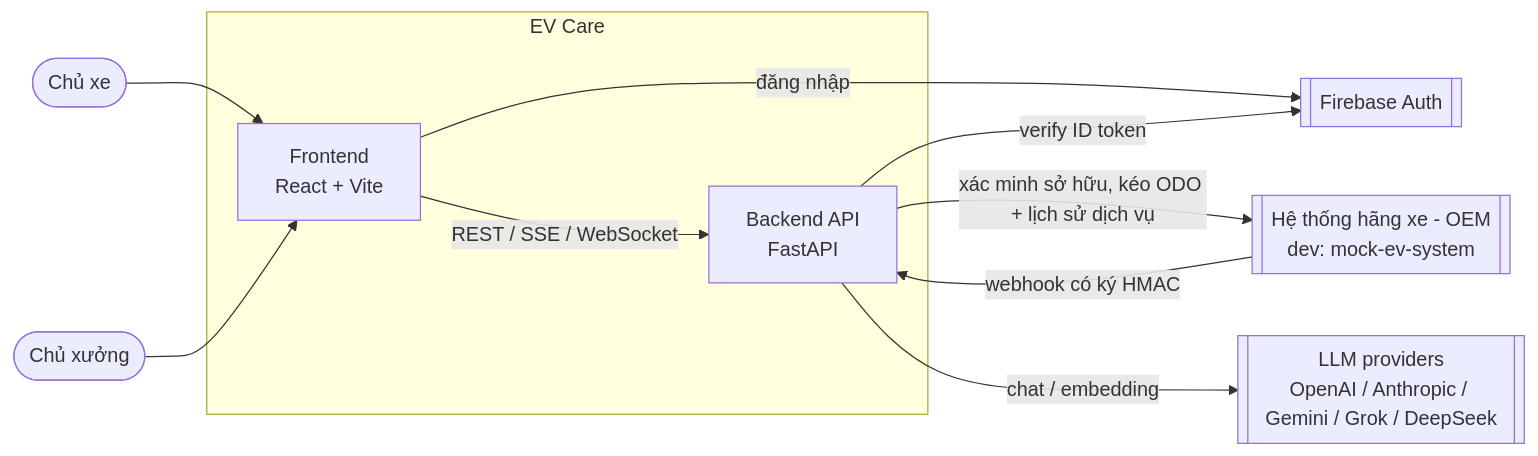
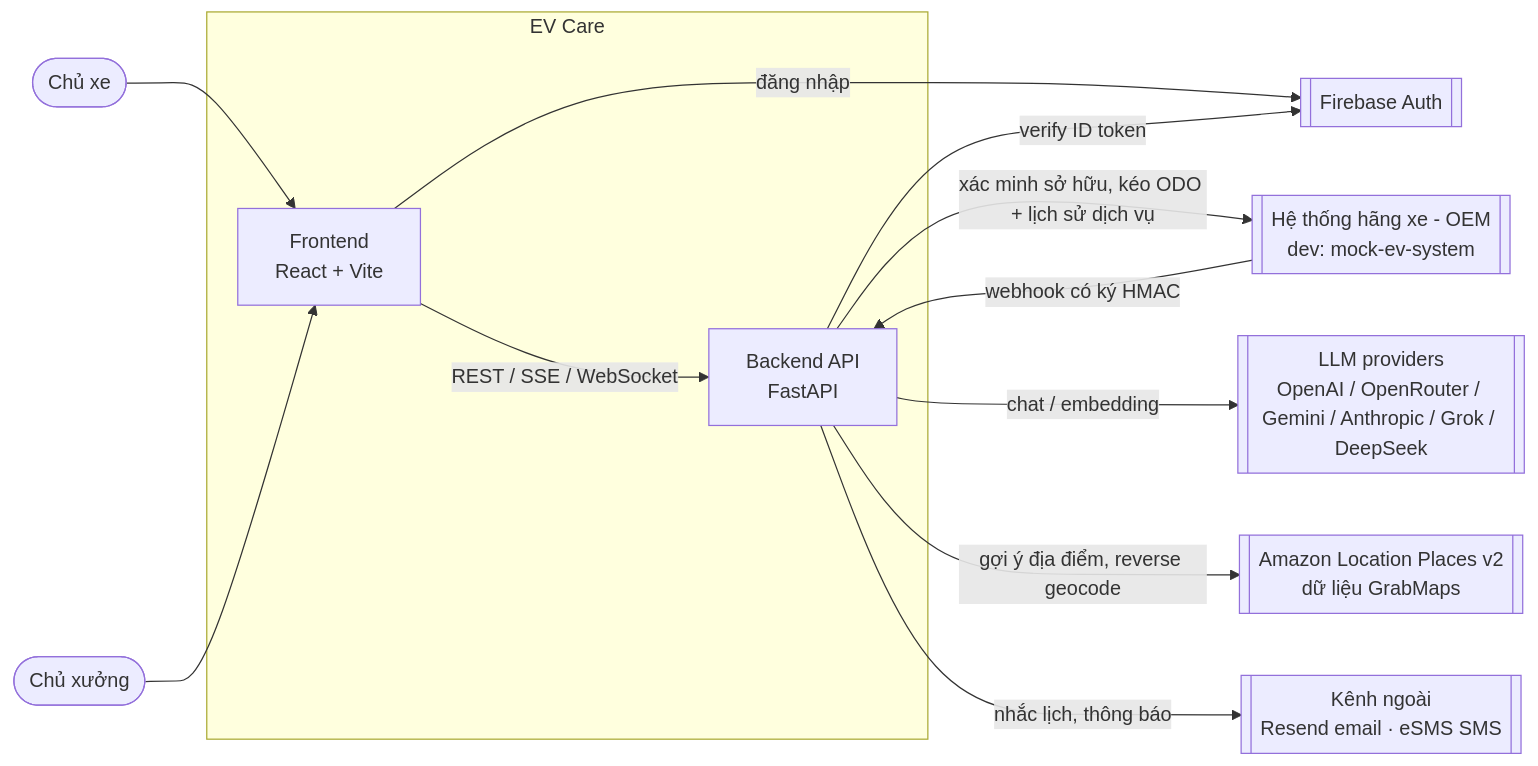
One commit to tungld9999blacksmith/mvp-40-days-deployments-team-146 changed the first of 8 diagrams in docs/architecture.md. Above: the diagram before and after it, drawn with Mermaid. The commit also changed other lines of this file and 240 other files, not shown here.

````diff
--- a/docs/architecture.md
+++ b/docs/architecture.md
@@ -19,23 +19,27 @@
 ```mermaid
 flowchart LR
     Owner([Chủ xe])
     WsOwner([Chủ xưởng])
 
     subgraph EVCare[EV Care]
         FE[Frontend<br/>React + Vite]
         BE[Backend API<br/>FastAPI]
     end
 
     Firebase[[Firebase Auth]]
     OEM[[Hệ thống hãng xe - OEM<br/>dev: mock-ev-system]]
-    LLM[[LLM providers<br/>OpenAI / Anthropic / Gemini / Grok / DeepSeek]]
+    LLM[[LLM providers<br/>OpenAI / OpenRouter / Gemini / Anthropic / Grok / DeepSeek]]
+    Places[[Amazon Location Places v2<br/>dữ liệu GrabMaps]]
+    Notify[[Kênh ngoài<br/>Resend email · eSMS SMS]]
 
     Owner --> FE
     WsOwner --> FE
     FE -- REST / SSE / WebSocket --> BE
     FE -- đăng nhập --> Firebase
     BE -- verify ID token --> Firebase
     BE -- xác minh sở hữu, kéo ODO + lịch sử dịch vụ --> OEM
     OEM -- webhook có ký HMAC --> BE
     BE -- chat / embedding --> LLM
+    BE -- gợi ý địa điểm, reverse geocode --> Places
+    BE -- nhắc lịch, thông báo --> Notify
 ```
````
